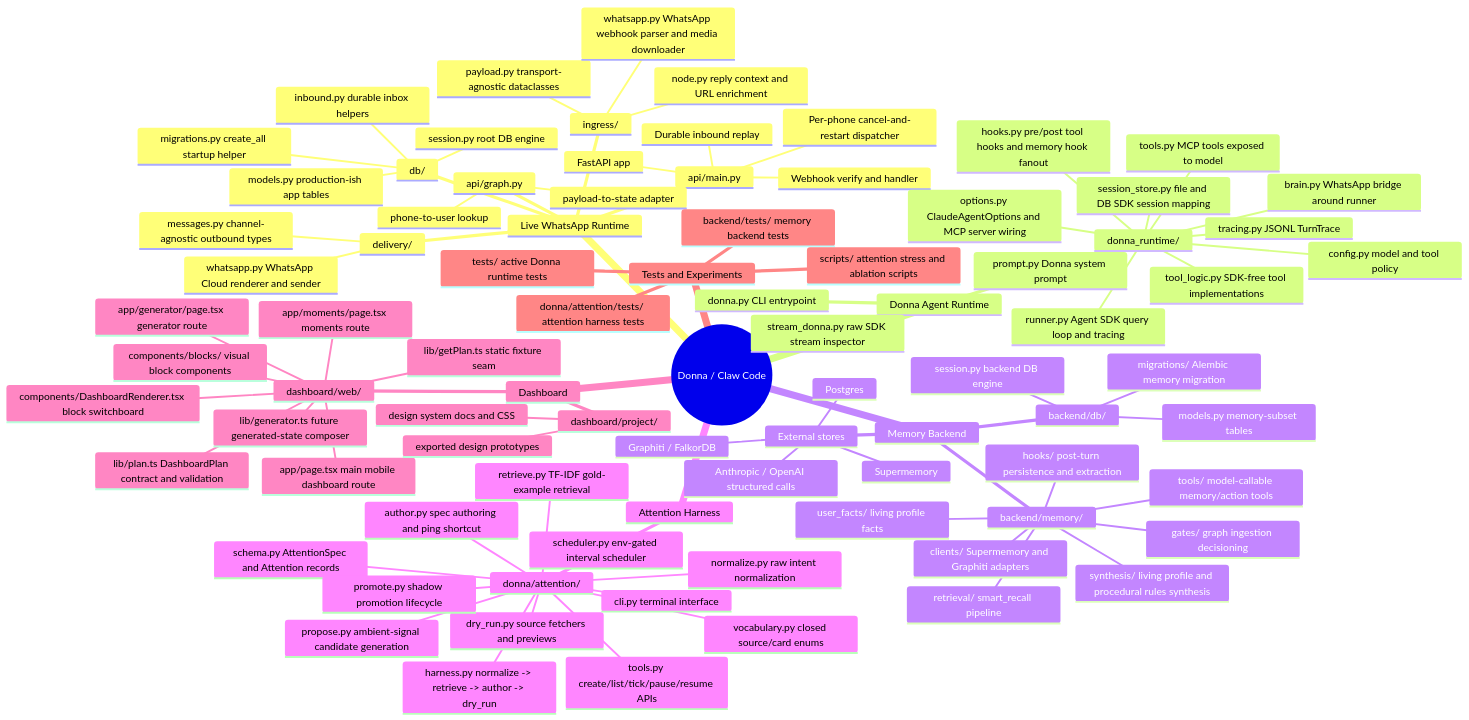
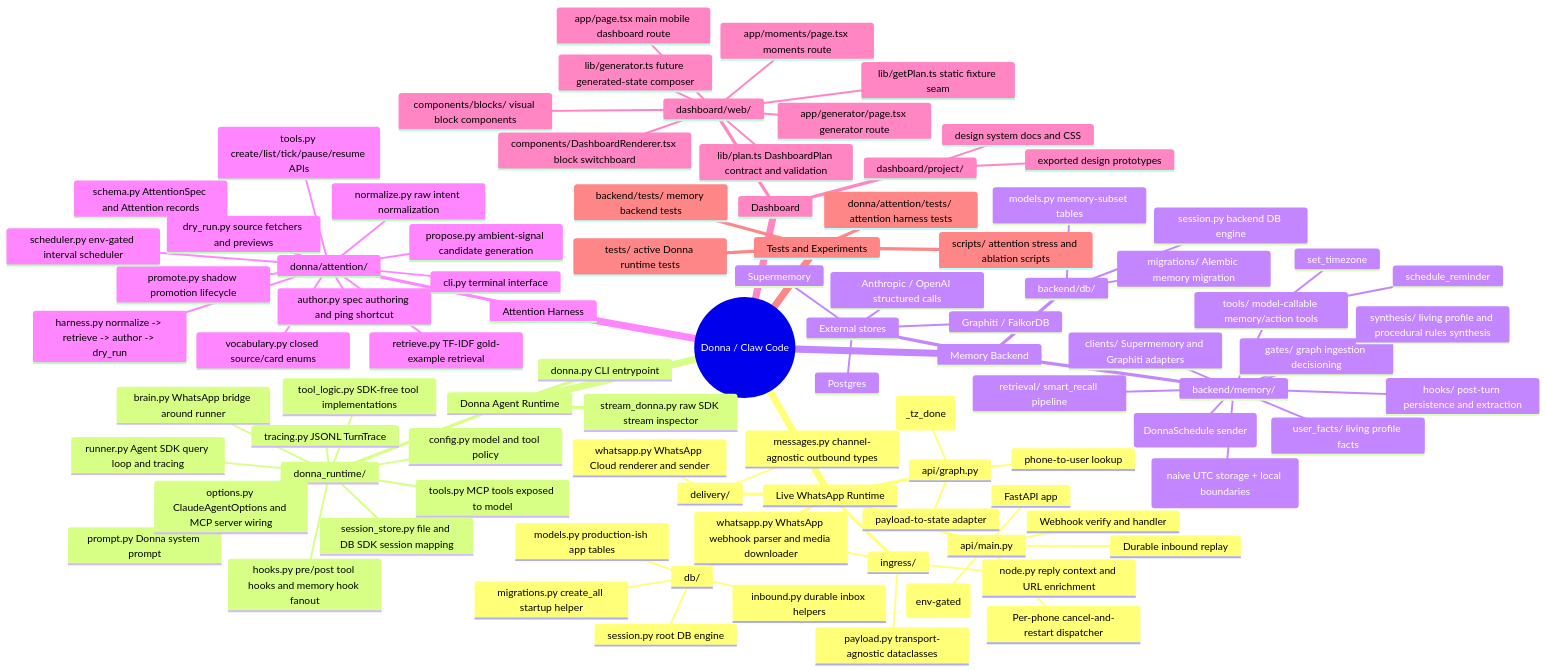
One commit to Arnav-Jhajharia/donna changed the first of 4 diagrams in docs/codebase-mind-map.md. Above: the diagram before and after it, drawn with Mermaid. The commit also changed other lines of this file and 379 other files, not shown here.

```diff
--- a/docs/codebase-mind-map.md
+++ b/docs/codebase-mind-map.md
@@ -13,6 +13,7 @@
         Webhook verify and handler
         Per-phone cancel-and-restart dispatcher
         Durable inbound replay
+        Optional schedule worker (env-gated)
       ingress/
         payload.py transport-agnostic dataclasses
         whatsapp.py WhatsApp webhook parser and media downloader
@@ -20,6 +21,7 @@
       api/graph.py
         payload-to-state adapter
         phone-to-user lookup
+        timezone guessing + tz confirmation flags (_tz_done)
       delivery/
         messages.py channel-agnostic outbound types
         whatsapp.py WhatsApp Cloud renderer and sender
@@ -45,12 +47,16 @@
     Memory Backend
       backend/memory/
         tools/ model-callable memory/action tools
+          set_timezone
+          schedule_reminder
         hooks/ post-turn persistence and extraction
         retrieval/ smart_recall pipeline
         clients/ Supermemory and Graphiti adapters
         user_facts/ living profile facts
         gates/ graph ingestion decisioning
         synthesis/ living profile and procedural rules synthesis
+        time.py timezone helpers (naive UTC storage + local boundaries)
+        jobs/ schedule worker (DonnaSchedule sender)
       backend/db/
         models.py memory-subset tables
         session.py backend DB engine
```
